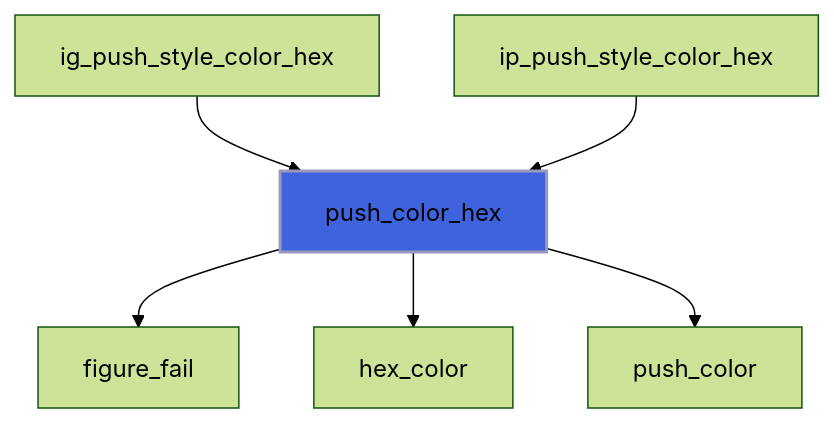
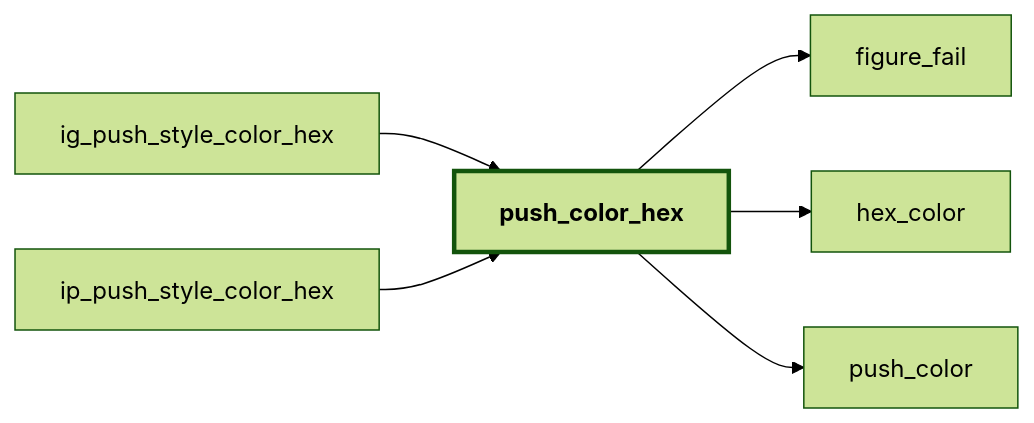
The third of 44 diagrams in docs/api/src/lib/figure_style.md (szaghi/figure), drawn with Mermaid (forest theme) before and after one commit. The commit also changed other lines of this file and 54 other files, not shown here.

````diff
--- a/docs/api/src/lib/figure_style.md
+++ b/docs/api/src/lib/figure_style.md
@@ -199,9 +212,15 @@
 ```mermaid
-flowchart TD
+flowchart LR
   ig_push_style_color_hex["ig_push_style_color_hex"] --> push_color_hex["push_color_hex"]
   ip_push_style_color_hex["ip_push_style_color_hex"] --> push_color_hex["push_color_hex"]
   push_color_hex["push_color_hex"] --> figure_fail["figure_fail"]
   push_color_hex["push_color_hex"] --> hex_color["hex_color"]
   push_color_hex["push_color_hex"] --> push_color["push_color"]
-  style push_color_hex fill:#3e63dd,stroke:#99b,stroke-width:2px
+  classDef focus stroke-width:3px,font-weight:bold
+  class push_color_hex focus
+  click ig_push_style_color_hex href "#ig-push-style-color-hex" "ig_push_style_color_hex"
+  click ip_push_style_color_hex href "#ip-push-style-color-hex" "ip_push_style_color_hex"
+  click hex_color href "#hex-color" "hex_color"
+  click figure_fail href "figure_base.html#figure-fail" "figure_fail"
+  click push_color href "#push-color" "push_color"
 ```
````
